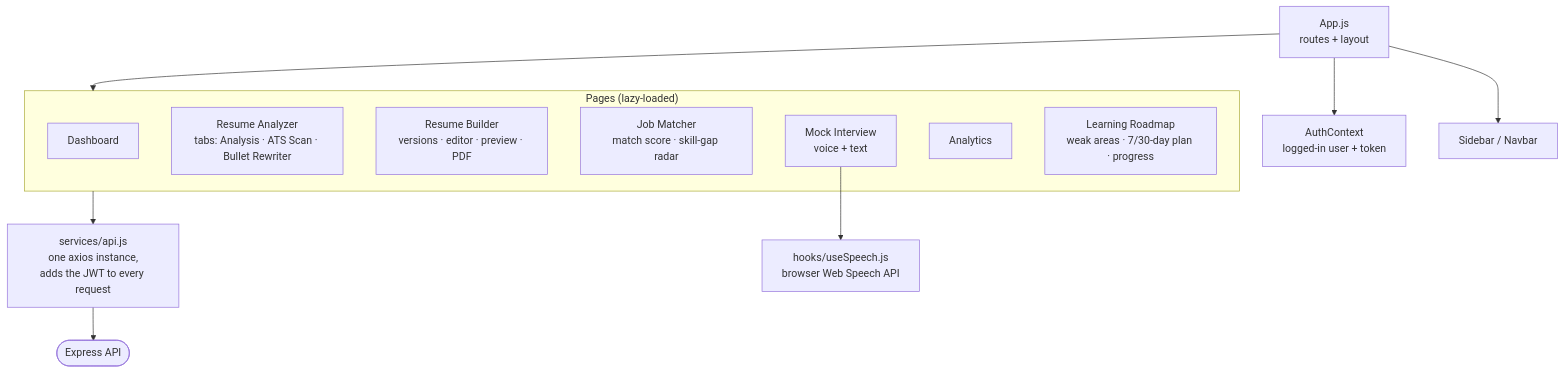
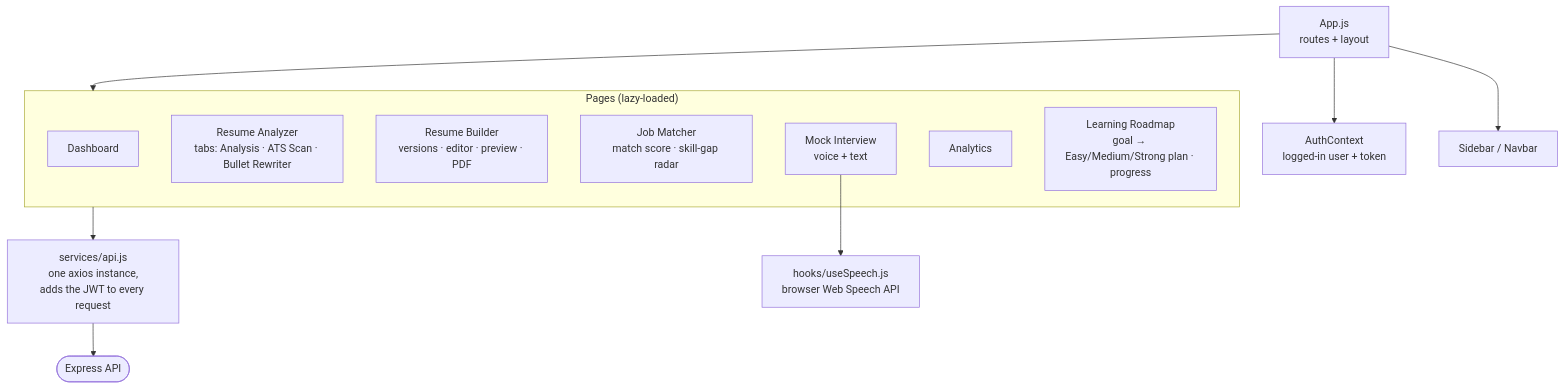
The second of 8 diagrams in interview-prep-app/ARCHITECTURE.md (Yuvraj6387/ai-interview-prep), drawn with Mermaid before and after one commit. The commit also changed other lines of this file and 9 other files, not shown here.

First line of the commit message:
Goal-based roadmap phases, redesigned interview result, collapsible sidebar

````diff
--- a/interview-prep-app/ARCHITECTURE.md
+++ b/interview-prep-app/ARCHITECTURE.md
@@ -52,18 +52,18 @@
 ```mermaid
 flowchart TB
     App["App.js<br/>routes + layout"] --> Ctx["AuthContext<br/>logged-in user + token"]
     App --> Side["Sidebar / Navbar"]
     App --> Pages
     subgraph Pages["Pages (lazy-loaded)"]
         D["Dashboard"]
         RA["Resume Analyzer<br/>tabs: Analysis · ATS Scan · Bullet Rewriter"]
         RB["Resume Builder<br/>versions · editor · preview · PDF"]
         JM["Job Matcher<br/>match score · skill-gap radar"]
         MI["Mock Interview<br/>voice + text"]
         AN["Analytics"]
-        RM["Learning Roadmap<br/>weak areas · 7/30-day plan · progress"]
+        RM["Learning Roadmap<br/>goal → Easy/Medium/Strong plan · progress"]
     end
     Pages --> APIjs["services/api.js<br/>one axios instance,<br/>adds the JWT to every request"]
     MI --> Speech["hooks/useSpeech.js<br/>browser Web Speech API"]
     APIjs --> Backend(["Express API"])
 ```
````
